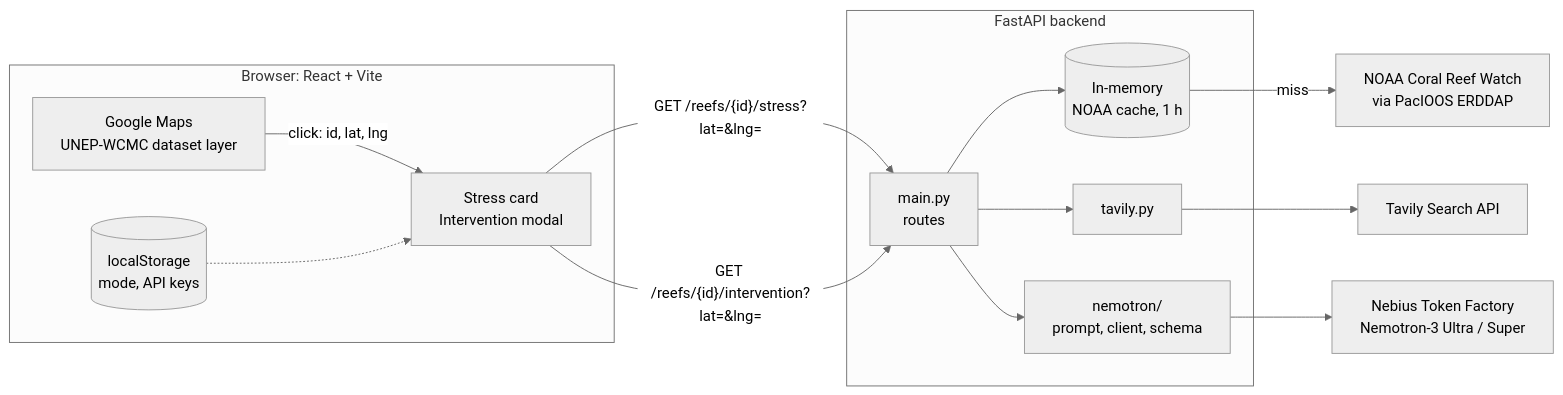
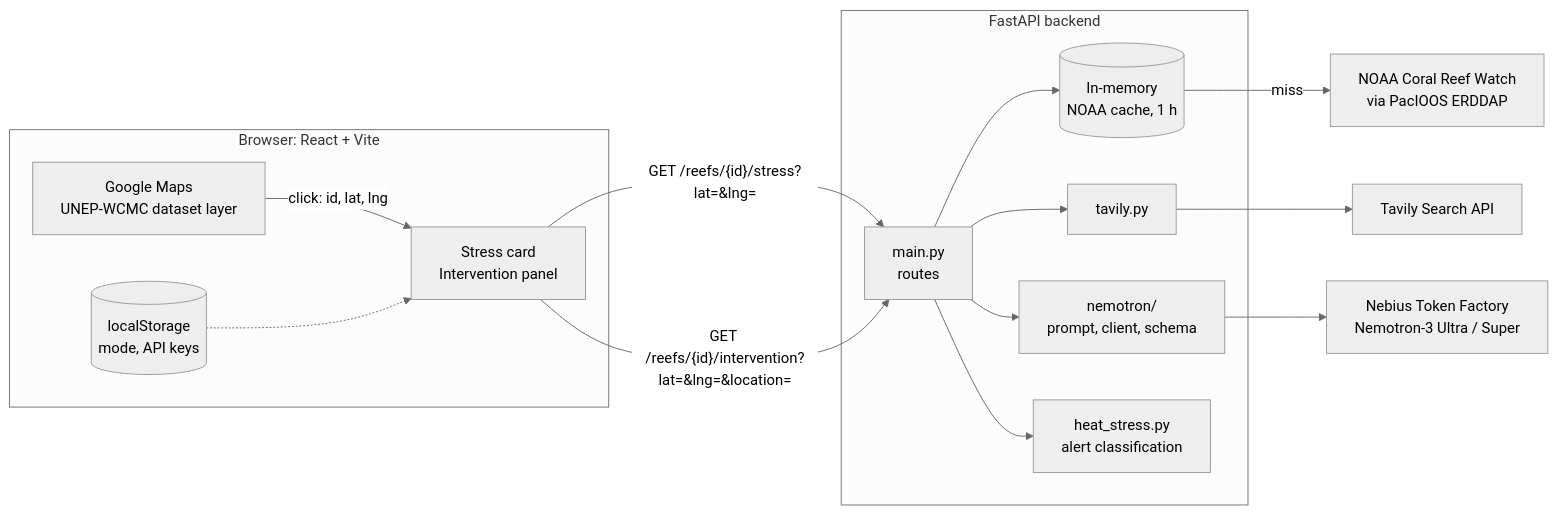
The first of 2 diagrams in ARCHITECTURE.md (vero-code/thermoreef), drawn with Mermaid (neutral theme) before and after one commit. The commit also changed other lines of this file and 4 other files, not shown here.

Commit message:
docs: update architecture with feature descriptions

````diff
--- a/ARCHITECTURE.md
+++ b/ARCHITECTURE.md
@@ -7,28 +7,32 @@
 ```mermaid
 flowchart LR
     subgraph Browser["Browser: React + Vite"]
         Map["Google Maps<br/>UNEP-WCMC dataset layer"]
-        UI["Stress card<br/>Intervention modal"]
+        UI["Stress card<br/>Intervention panel"]
         LS[("localStorage<br/>mode, API keys")]
     end
 
     subgraph Backend["FastAPI backend"]
         API["main.py<br/>routes"]
         Cache[("In-memory<br/>NOAA cache, 1 h")]
         Tav["tavily.py"]
         Nem["nemotron/<br/>prompt, client, schema"]
+        Heat["heat_stress.py<br/>alert classification"]
     end
 
     NOAA["NOAA Coral Reef Watch<br/>via PacIOOS ERDDAP"]
     TavilyAPI["Tavily Search API"]
     Nebius["Nebius Token Factory<br/>Nemotron-3 Ultra / Super"]
 
     Map -- "click: id, lat, lng" --> UI
     LS -.-> UI
     UI -- "GET /reefs/{id}/stress?lat=&lng=" --> API
-    UI -- "GET /reefs/{id}/intervention?lat=&lng=" --> API
+    UI -- "GET /reefs/{id}/intervention?lat=&lng=&location=" --> API
     API --> Cache
     Cache -- "miss" --> NOAA
-    API --> Tav --> TavilyAPI
-    API --> Nem --> Nebius
+    API --> Heat
+    API --> Tav
+    Tav --> TavilyAPI
+    API --> Nem
+    Nem --> Nebius
 ```
````
